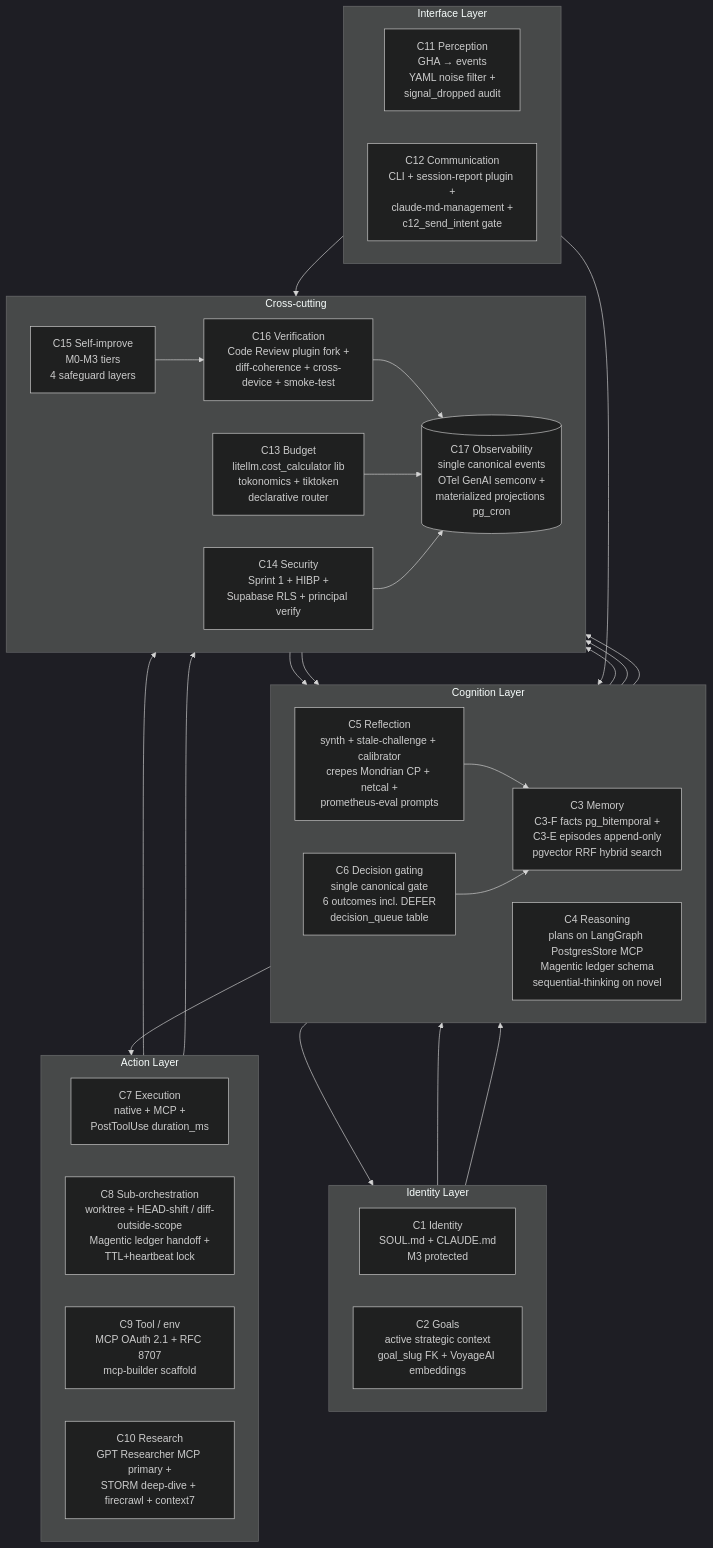
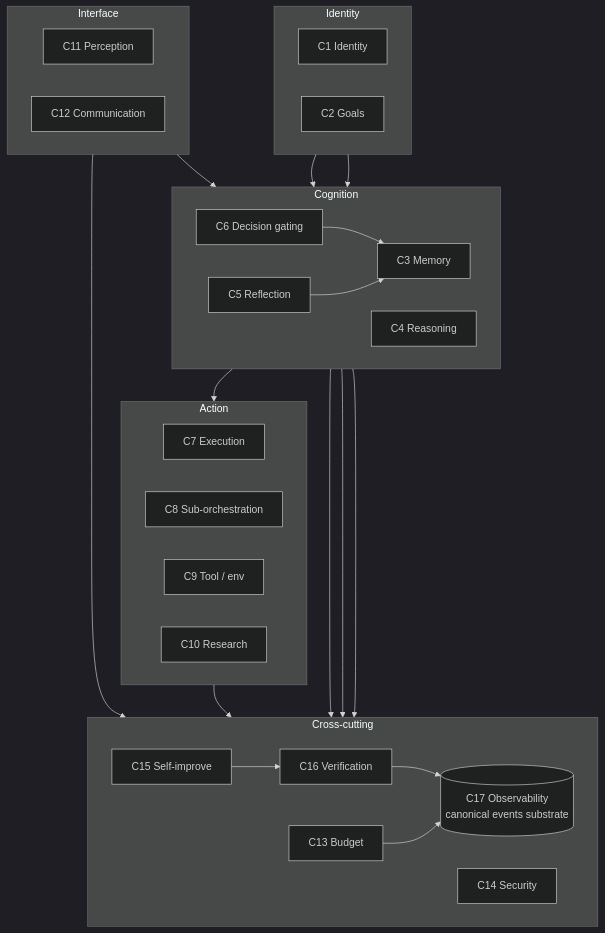
One commit to Osasuwu/jarvis changed the third of 4 diagrams in docs/design/jarvis-architecture-c4.md. Above: the diagram before and after it, drawn with Mermaid (dark theme). The commit also changed other lines of this file and 3 other files, not shown here.

````diff
--- a/docs/design/jarvis-architecture-c4.md
+++ b/docs/design/jarvis-architecture-c4.md
@@ -112,59 +99,54 @@
 ```mermaid
 flowchart TB
-    subgraph IDENT[Identity Layer]
+    subgraph IDENT[Identity]
         direction LR
-        c1[C1 Identity<br/>SOUL.md + CLAUDE.md<br/>M3 protected]
-        c2[C2 Goals<br/>active strategic context<br/>goal_slug FK + VoyageAI embeddings]
+        c1[C1 Identity]
+        c2[C2 Goals]
     end
 
-    subgraph COG[Cognition Layer]
+    subgraph COG[Cognition]
         direction LR
-        c3[C3 Memory<br/>C3-F facts pg_bitemporal +<br/>C3-E episodes append-only<br/>pgvector RRF hybrid search]
-        c4[C4 Reasoning<br/>plans on LangGraph PostgresStore MCP<br/>Magentic ledger schema<br/>sequential-thinking on novel]
-        c5[C5 Reflection<br/>synth + stale-challenge + calibrator<br/>crepes Mondrian CP + netcal +<br/>prometheus-eval prompts]
-        c6[C6 Decision gating<br/>single canonical gate<br/>6 outcomes incl. DEFER<br/>decision_queue table]
+        c3[C3 Memory]
+        c4[C4 Reasoning]
+        c5[C5 Reflection]
+        c6[C6 Decision gating]
     end
 
-    subgraph ACT[Action Layer]
+    subgraph ACT[Action]
         direction LR
-        c7[C7 Execution<br/>native + MCP +<br/>PostToolUse duration_ms]
-        c8[C8 Sub-orchestration<br/>worktree + HEAD-shift / diff-outside-scope<br/>Magentic ledger handoff +<br/>TTL+heartbeat lock]
-        c9[C9 Tool / env<br/>MCP OAuth 2.1 + RFC 8707<br/>mcp-builder scaffold]
-        c10[C10 Research<br/>GPT Researcher MCP primary +<br/>STORM deep-dive + firecrawl + context7]
+        c7[C7 Execution]
+        c8[C8 Sub-orchestration]
+        c9[C9 Tool / env]
+        c10[C10 Research]
     end
 
-    subgraph IFACE[Interface Layer]
+    subgraph IFACE[Interface]
         direction LR
-        c11[C11 Perception<br/>GHA → events<br/>YAML noise filter +<br/>signal_dropped audit]
-        c12[C12 Communication<br/>CLI + session-report plugin +<br/>claude-md-management +<br/>c12_send_intent gate]
+        c11[C11 Perception]
+        c12[C12 Communication]
     end
 
     subgraph CROSS[Cross-cutting]
         direction LR
-        c13[C13 Budget<br/>litellm.cost_calculator lib<br/>tokonomics + tiktoken<br/>declarative router]
-        c14[C14 Security<br/>Sprint 1 + HIBP +<br/>Supabase RLS + principal verify]
-        c15[C15 Self-improve<br/>M0-M3 tiers<br/>4 safeguard layers]
-        c16[C16 Verification<br/>Code Review plugin fork +<br/>diff-coherence + cross-device + smoke-test]
-        c17[(C17 Observability<br/>single canonical events<br/>OTel GenAI semconv +<br/>materialized projections pg_cron)]
+        c13[C13 Budget]
+        c14[C14 Security]
+        c15[C15 Self-improve]
+        c16[C16 Verification]
+        c17[(C17 Observability<br/>canonical events substrate)]
     end
 
+    c1 --> c6
+    c2 --> c5
     c11 --> c17
     c6 --> c17
+    c6 --> c3
     c5 --> c17
     c5 --> c3
-    c6 --> c3
-    c6 --> c2
     c4 --> c10
     c4 --> c17
     c8 --> c17
-    c7 --> c17
     c16 --> c17
-    c16 --> c5
+    c15 --> c16
     c13 --> c17
-    c14 --> c17
-    c15 --> c16
-    c15 --> c5
     c12 --> c6
-    c1 --> c6
-    c2 --> c5
 ```
````
